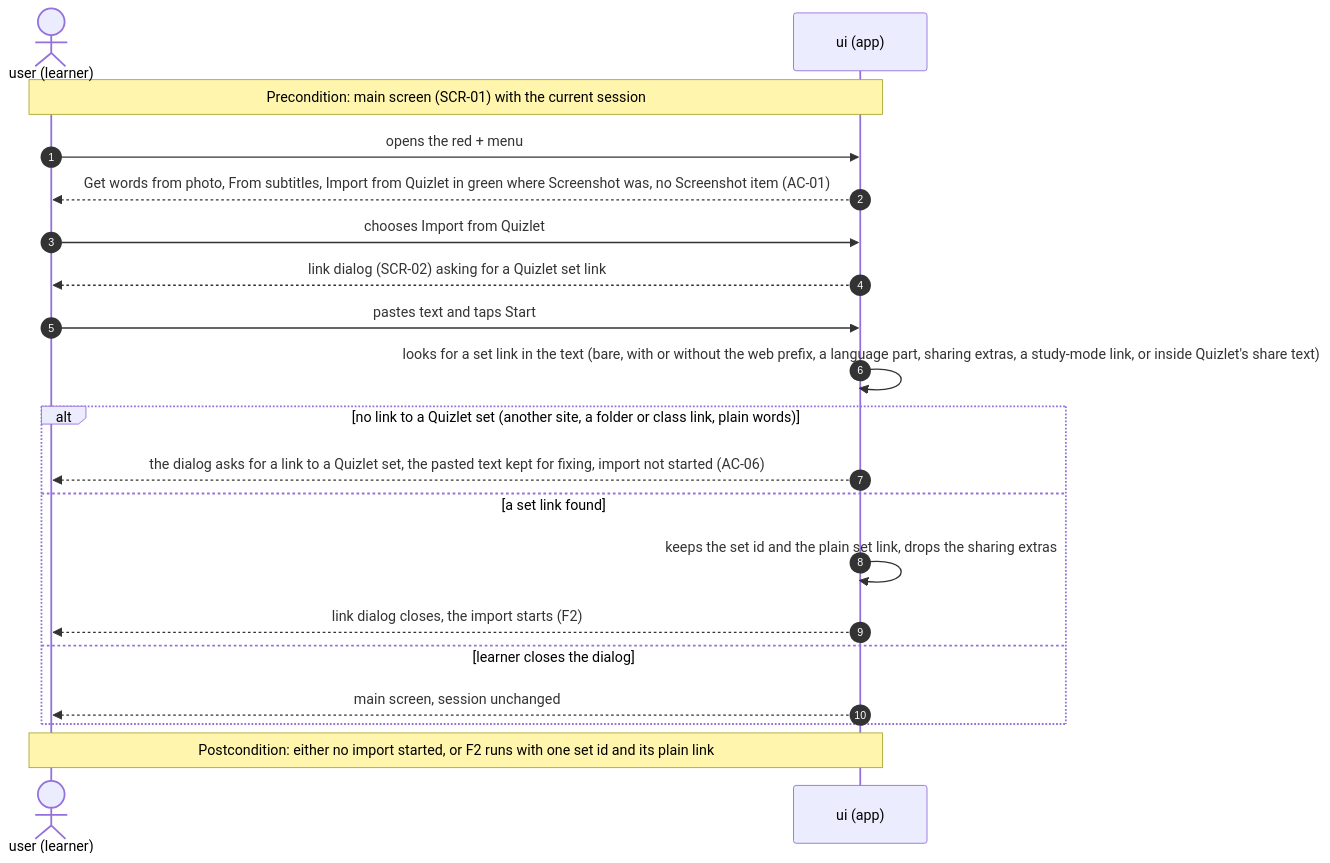
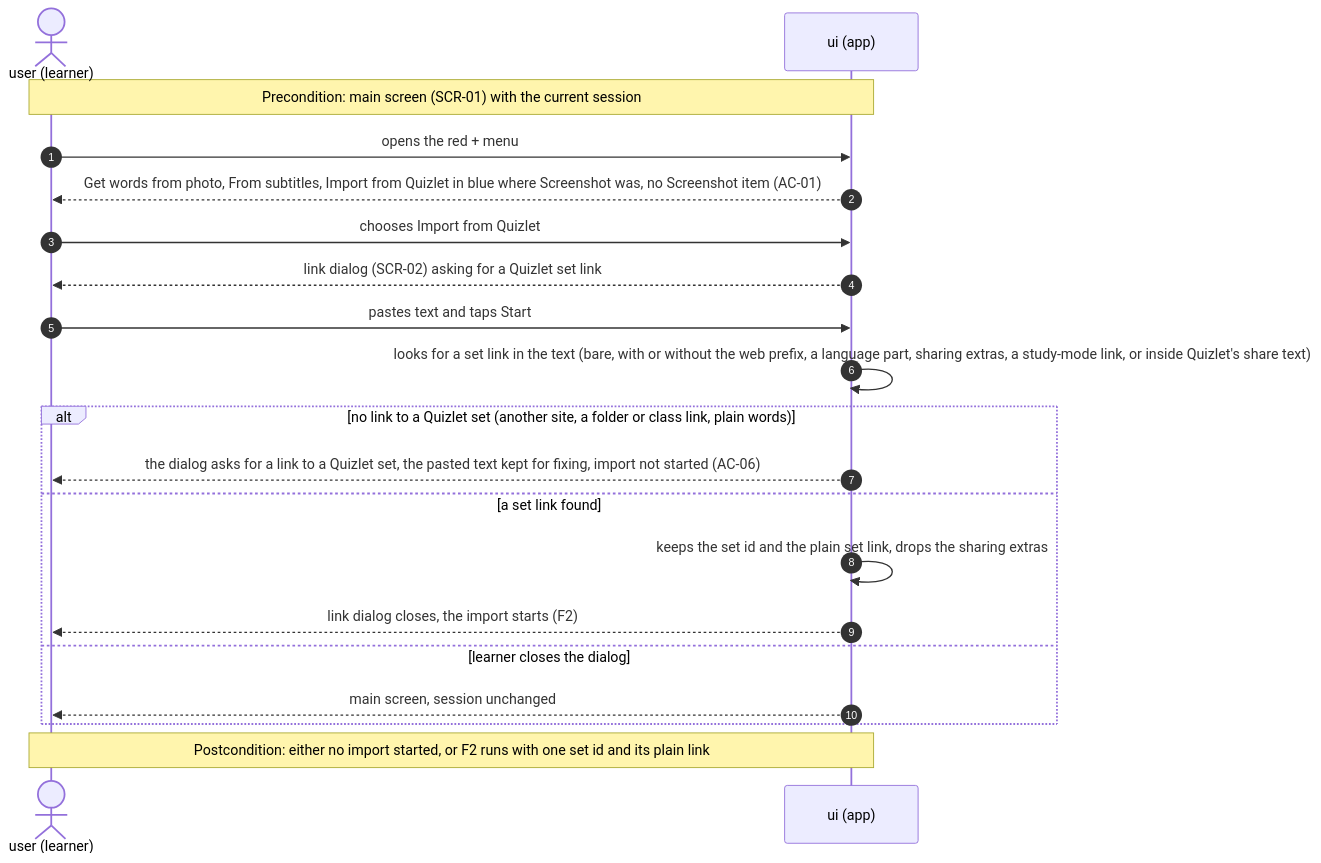
Before and after one commit to mlevytskiy/flutter_vocabulary_app: the fifth of 10 diagrams in docs/features/import-from-quizlet/sad.md, drawn with Mermaid. The commit also changed other lines of this file and 10 other files, not shown here.

First line of the commit message:
feat(import-from-quizlet): Swap the + menu colours, raise the how-to sketch, mark the feature done

````diff
--- a/docs/features/import-from-quizlet/sad.md
+++ b/docs/features/import-from-quizlet/sad.md
@@ -321,23 +321,23 @@
 ```mermaid
 sequenceDiagram
     autonumber
     actor L as user (learner)
     participant UI as ui (app)
 
     Note over L,UI: Precondition: main screen (SCR-01) with the current session
     L->>UI: opens the red + menu
-    UI-->>L: Get words from photo, From subtitles, Import from Quizlet in green where Screenshot was, no Screenshot item (AC-01)
+    UI-->>L: Get words from photo, From subtitles, Import from Quizlet in blue where Screenshot was, no Screenshot item (AC-01)
     L->>UI: chooses Import from Quizlet
     UI-->>L: link dialog (SCR-02) asking for a Quizlet set link
     L->>UI: pastes text and taps Start
     UI->>UI: looks for a set link in the text (bare, with or without the web prefix, a language part, sharing extras, a study-mode link, or inside Quizlet's share text)
     alt no link to a Quizlet set (another site, a folder or class link, plain words)
         UI-->>L: the dialog asks for a link to a Quizlet set, the pasted text kept for fixing, import not started (AC-06)
     else a set link found
         UI->>UI: keeps the set id and the plain set link, drops the sharing extras
         UI-->>L: link dialog closes, the import starts (F2)
     else learner closes the dialog
         UI-->>L: main screen, session unchanged
     end
     Note over L,UI: Postcondition: either no import started, or F2 runs with one set id and its plain link
 ```
````
